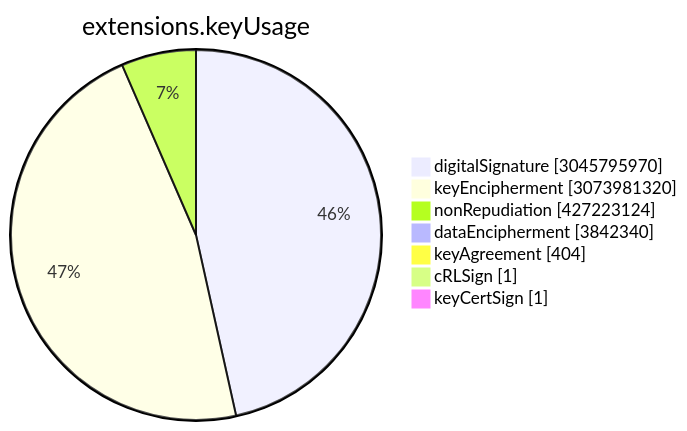
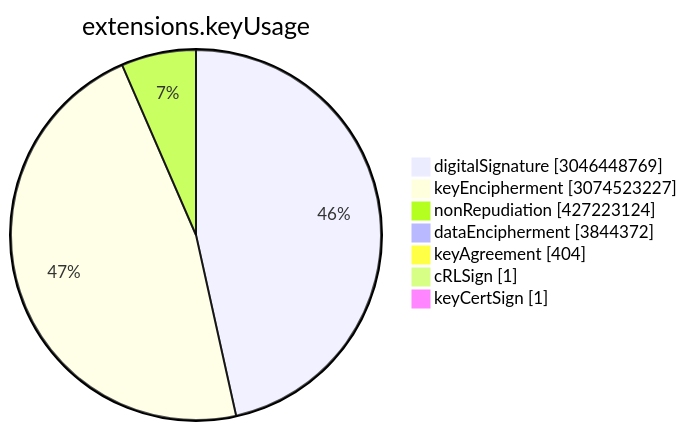
Before and after one commit to christiankrug/ctmonitor_visualization: the sixth of 15 diagrams in TOTAL/README.md, drawn with Mermaid. The commit also changed other lines of this file, not shown here.

````diff
--- a/TOTAL/README.md
+++ b/TOTAL/README.md
@@ -3077,11 +3077,11 @@
 ```mermaid
 pie showData
 title extensions.keyUsage
-"digitalSignature" :3045795970
-"keyEncipherment" :3073981320
+"digitalSignature" :3046448769
+"keyEncipherment" :3074523227
 "nonRepudiation" :427223124
-"dataEncipherment" :3842340
+"dataEncipherment" :3844372
 "keyAgreement" :404
 "cRLSign" :1
 "keyCertSign" :1
 ```
````
